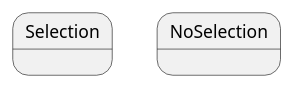
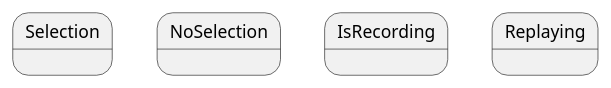
Before and after one commit to CodyAdam/another-useless-text-editor: the sixth of 6 diagrams in README.md, drawn with PlantUML. The commit also changed other lines of this file and 1 other file, not shown here.

````diff
--- a/README.md
+++ b/README.md
@@ -387,6 +411,8 @@
 ```plantuml
 @startuml
     state Selection
     state NoSelection
+    state IsRecording
+    state Replaying
 @enduml
 ```
````
